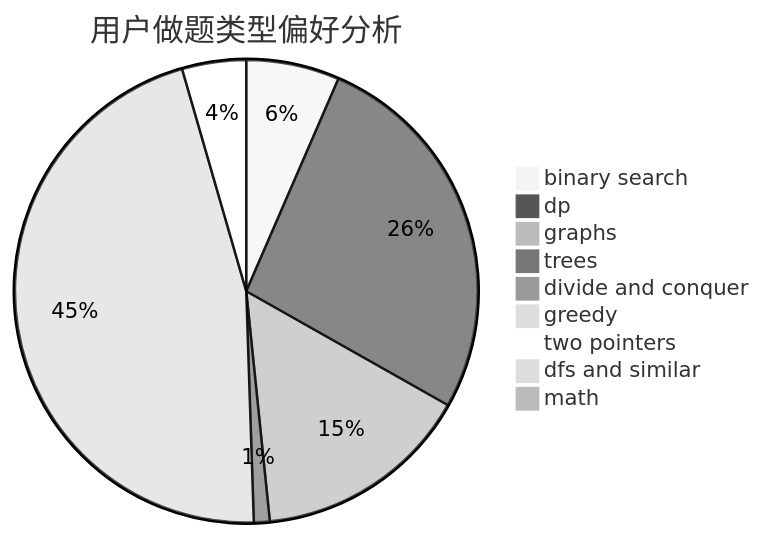
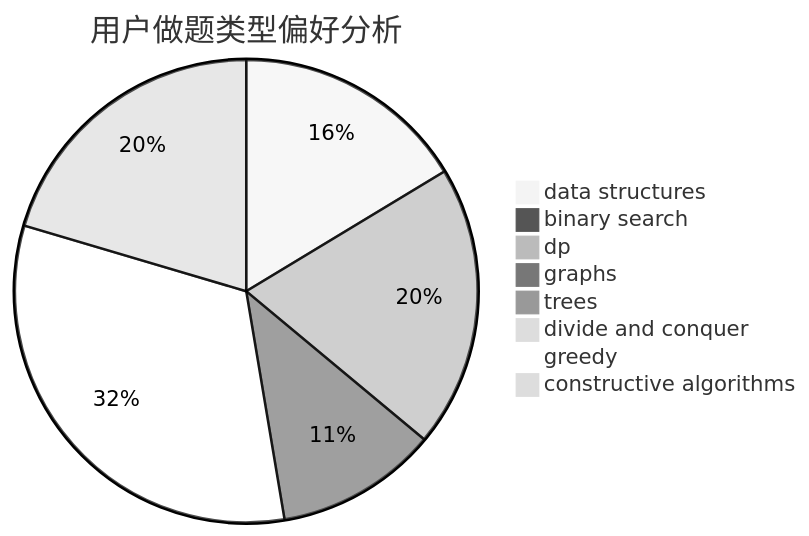
One commit to sherpahu/cfrs.github.io changed the second of 3 diagrams in docs/user/u2606.md. Above: the diagram before and after it, drawn with Mermaid (neutral theme). The commit also changed other lines of this file and 2775 other files, not shown here.

````diff
--- a/docs/user/u2606.md
+++ b/docs/user/u2606.md
@@ -23,12 +23,11 @@
 ```mermaid
 pie title 用户做题类型偏好分析
-    "binary search" :  118
-    "dp" :  483
-    "graphs" :  275
-    "trees" :  20
-    "divide and conquer" :  10
-    "greedy" :  834
-    "two pointers" :  81
-    "dfs and similar" :  7
-    "math" :  7
+    "data structures" :  389
+    "binary search" :  9
+    "dp" :  469
+    "graphs" :  269
+    "trees" :  15
+    "divide and conquer" :  0
+    "greedy" :  767
+    "constructive algorithms" :  486
 ```
````
